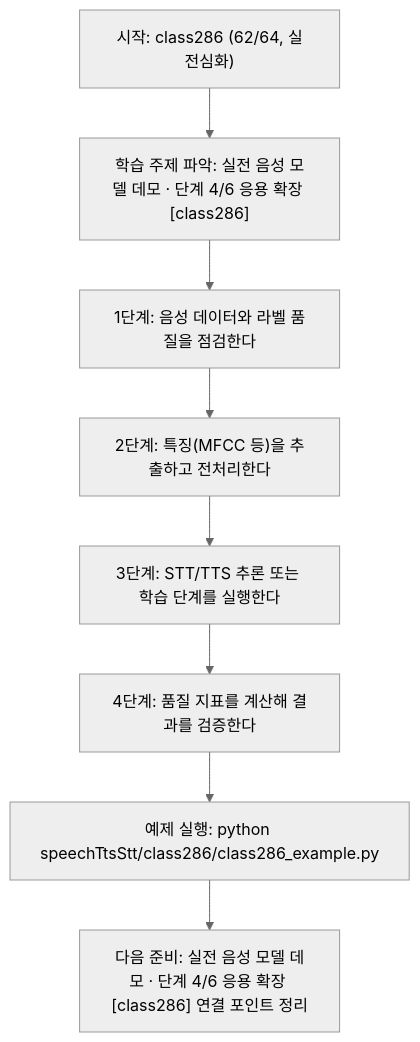
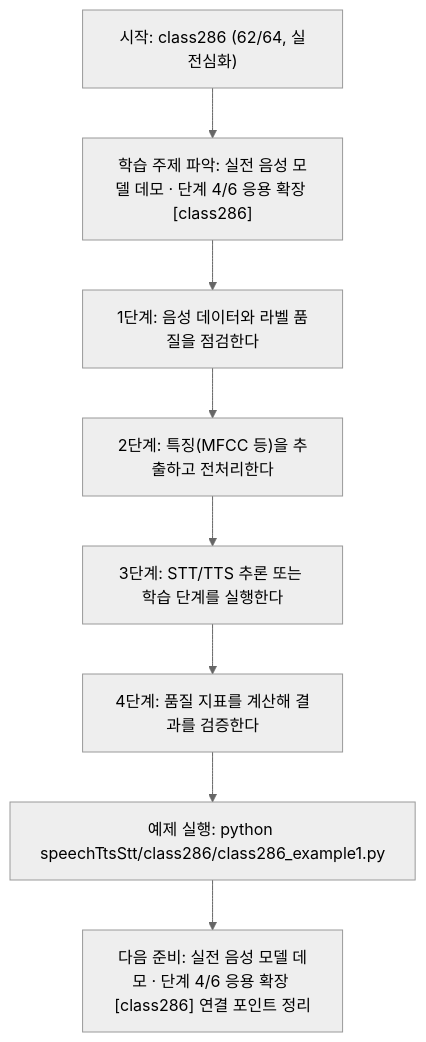
One commit to edumgt/Python-AI_Agent-Class changed the diagram in speechTtsStt/class286/class286.md. Above: the diagram before and after it, drawn with Mermaid (neutral theme). The commit also changed other lines of this file and 2959 other files, not shown here.

````diff
--- a/speechTtsStt/class286/class286.md
+++ b/speechTtsStt/class286/class286.md
@@ -115,18 +115,18 @@
 ```mermaid
 flowchart TD
 N1["시작: class286 (62/64, 실전심화)"]
 N2["학습 주제 파악: 실전 음성 모델 데모 · 단계 4/6 응용 확장 [class286]"]
 N3["1단계: 음성 데이터와 라벨 품질을 점검한다"]
 N4["2단계: 특징(MFCC 등)을 추출하고 전처리한다"]
 N5["3단계: STT/TTS 추론 또는 학습 단계를 실행한다"]
 N6["4단계: 품질 지표를 계산해 결과를 검증한다"]
-N7["예제 실행: python speechTtsStt/class286/class286_example.py"]
+N7["예제 실행: python speechTtsStt/class286/class286_example1.py"]
 N8["다음 준비: 실전 음성 모델 데모 · 단계 4/6 응용 확장 [class286] 연결 포인트 정리"]
 N1 --> N2
 N2 --> N3
 N3 --> N4
 N4 --> N5
 N5 --> N6
 N6 --> N7
 N7 --> N8
 ```
````
